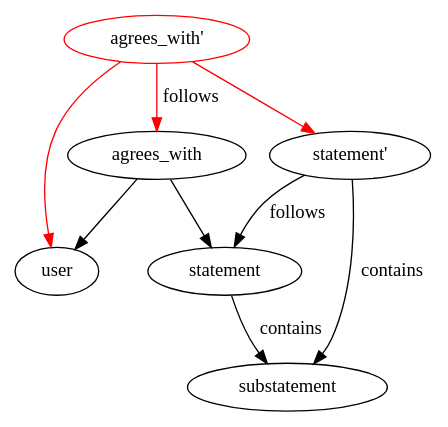
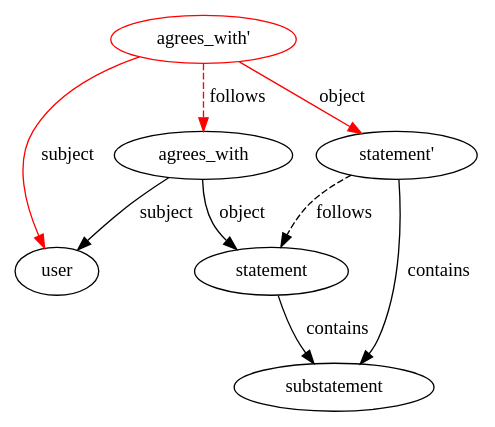
The fourth of 5 diagrams in src/adhocracy.core/docs/supergraph.rst (liqd/adhocracy3), drawn with Graphviz before and after one commit. The commit also changed other lines of this file, not shown here.

```diff
--- a/src/adhocracy.core/docs/supergraph.rst
+++ b/src/adhocracy.core/docs/supergraph.rst
@@ -136,11 +148,11 @@
-.. digraph:: graph_3
+.. digraph:: graph_2
 
-    agrees_with -> user;
-    agrees_with -> statement;
+    agrees_with -> user [label = "subject"];
+    agrees_with -> statement [label = "object"];
+    "agrees_with'" -> agrees_with [label = "follows", style = dashed, color = red];
+    "agrees_with'" -> user [label = "subject", color = red];
+    "agrees_with'" -> "statement'" [label = "object", color = red];
+    "agrees_with'" [color = red];
     statement -> substatement [label = contains];
-    "statement'" -> statement [label = follows];
+    "statement'" -> statement [label = follows, style = dashed];
     "statement'" -> substatement [label = contains];
-    node [color = red];
-    "agrees_with'" -> user [color = red];
-    "agrees_with'" -> "statement'" [color = red];
-    "agrees_with'" -> agrees_with [label = follows, color = red];
```
